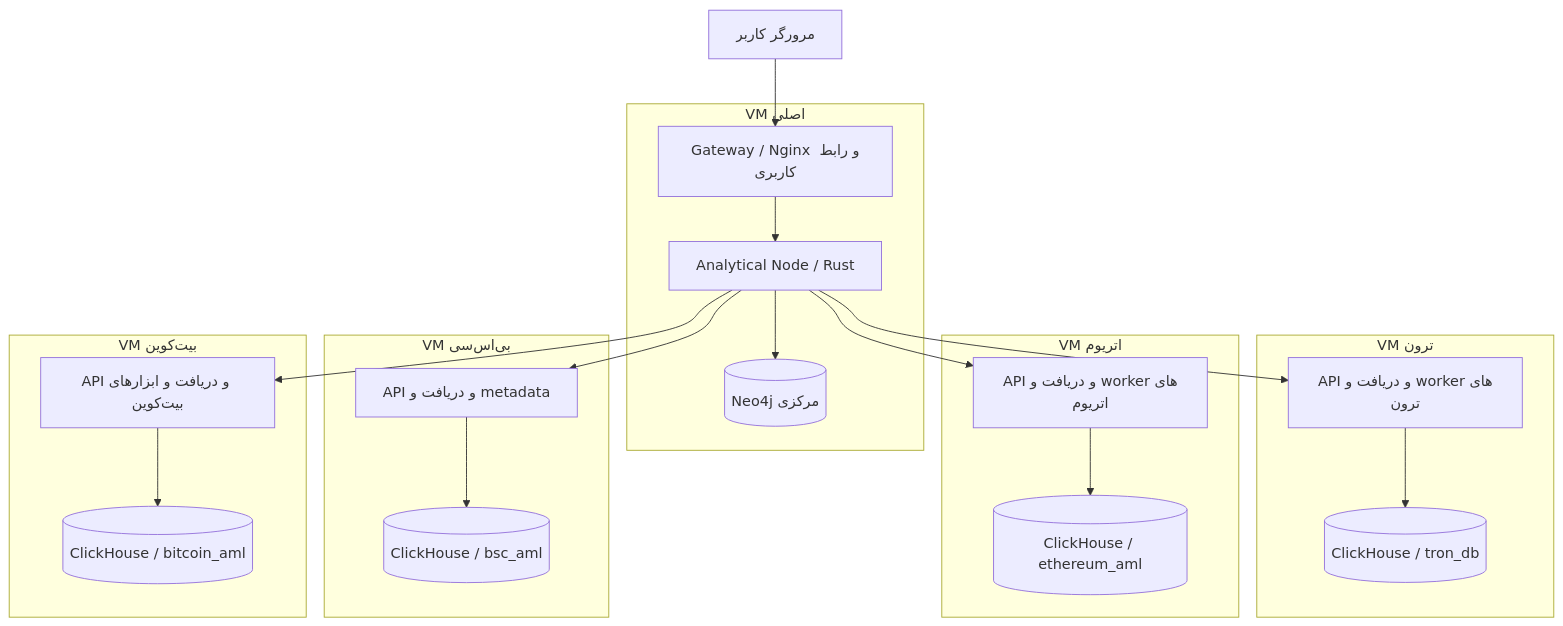
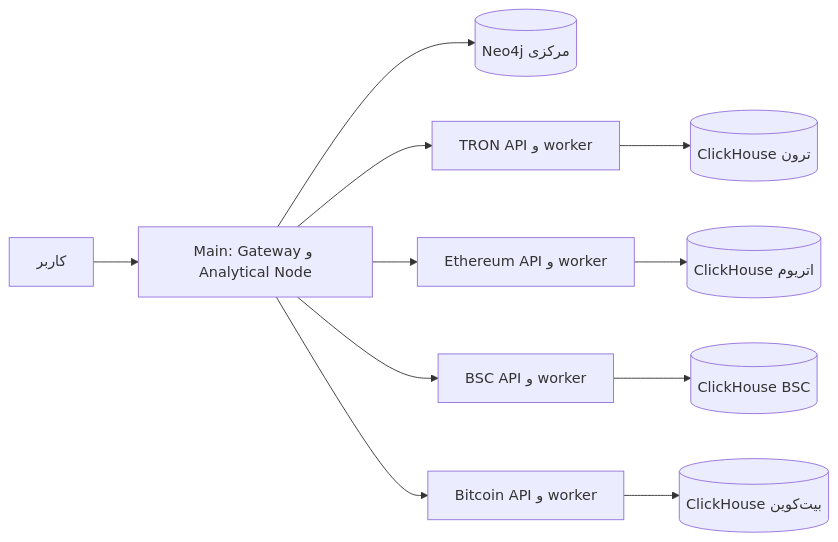
The diagram in docs/BACKEND_ARCHITECTURE_FA.md (Mehranai/AML_Real), drawn with Mermaid before and after one commit. The commit also changed other lines of this file and 326 other files, not shown here.

````diff
--- a/docs/BACKEND_ARCHITECTURE_FA.md
+++ b/docs/BACKEND_ARCHITECTURE_FA.md
@@ -34,36 +8,13 @@
 ```mermaid
-flowchart TB
-    U[مرورگر کاربر]
-    subgraph MAIN[VM اصلی]
-        G[Gateway / Nginx و رابط کاربری]
-        A[Analytical Node / Rust]
-        N[(Neo4j مرکزی)]
-        G --> A
-        A --> N
-    end
-    subgraph TRON[VM ترون]
-        T[API و دریافت و workerهای ترون]
-        TC[(ClickHouse / tron_db)]
-        T --> TC
-    end
-    subgraph ETH[VM اتریوم]
-        E[API و دریافت و workerهای اتریوم]
-        EC[(ClickHouse / ethereum_aml)]
-        E --> EC
-    end
-    subgraph BSC[VM بی‌اس‌سی]
-        B[API و دریافت و metadata]
-        BC[(ClickHouse / bsc_aml)]
-        B --> BC
-    end
-    subgraph BTC[VM بیت‌کوین]
-        K[API و دریافت و ابزارهای بیت‌کوین]
-        KC[(ClickHouse / bitcoin_aml)]
-        K --> KC
-    end
-    U --> G
-    A --> T
-    A --> E
-    A --> B
-    A --> K
+flowchart LR
+  U[کاربر] --> M[Main: Gateway و Analytical Node]
+  M --> N[(Neo4j مرکزی)]
+  M --> T[TRON API و worker]
+  M --> E[Ethereum API و worker]
+  M --> B[BSC API و worker]
+  M --> C[Bitcoin API و worker]
+  T --> TD[(ClickHouse ترون)]
+  E --> ED[(ClickHouse اتریوم)]
+  B --> BD[(ClickHouse BSC)]
+  C --> CD[(ClickHouse بیت‌کوین)]
 ```
````
